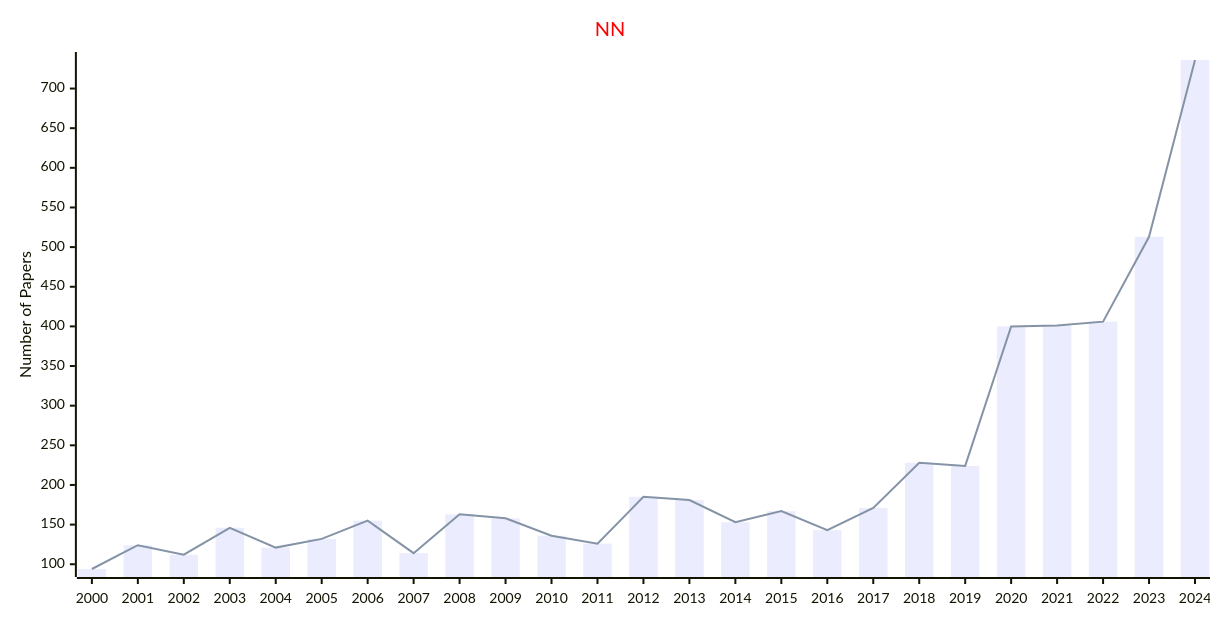
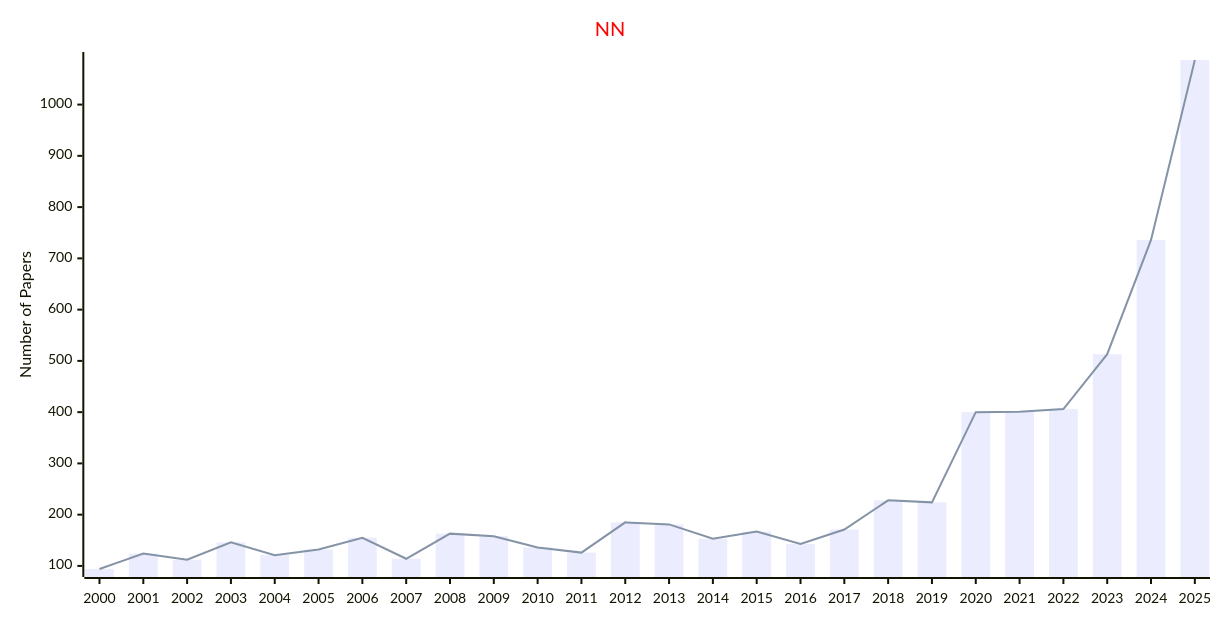
The first of 5 diagrams in docs/data/Journals/Statistics_Journals/Neural_Networks.md (Easy-PhD/AILinks), drawn with Mermaid before and after one commit. The commit also changed other lines of this file and 107 other files, not shown here.

````diff
--- a/docs/data/Journals/Statistics_Journals/Neural_Networks.md
+++ b/docs/data/Journals/Statistics_Journals/Neural_Networks.md
@@ -9,17 +9,17 @@
 ```mermaid
 ---
 config:
     xyChart:
         width: 1200
         height: 600
     themeVariables:
         xyChart:
             titleColor: "#ff0000"
 ---
 xychart-beta
     title "NN"
-    x-axis [2000, 2001, 2002, 2003, 2004, 2005, 2006, 2007, 2008, 2009, 2010, 2011, 2012, 2013, 2014, 2015, 2016, 2017, 2018, 2019, 2020, 2021, 2022, 2023, 2024]
+    x-axis [2000, 2001, 2002, 2003, 2004, 2005, 2006, 2007, 2008, 2009, 2010, 2011, 2012, 2013, 2014, 2015, 2016, 2017, 2018, 2019, 2020, 2021, 2022, 2023, 2024, 2025]
     y-axis "Number of Papers"
-    bar [94, 124, 112, 146, 121, 132, 155, 114, 163, 158, 136, 126, 185, 181, 153, 167, 143, 171, 228, 224, 400, 401, 406, 513, 736]
-    line [94, 124, 112, 146, 121, 132, 155, 114, 163, 158, 136, 126, 185, 181, 153, 167, 143, 171, 228, 224, 400, 401, 406, 513, 736]
+    bar [94, 124, 112, 146, 121, 132, 155, 114, 163, 158, 136, 126, 185, 181, 153, 167, 143, 171, 228, 224, 400, 401, 406, 513, 736, 1087]
+    line [94, 124, 112, 146, 121, 132, 155, 114, 163, 158, 136, 126, 185, 181, 153, 167, 143, 171, 228, 224, 400, 401, 406, 513, 736, 1087]
 ```
````
